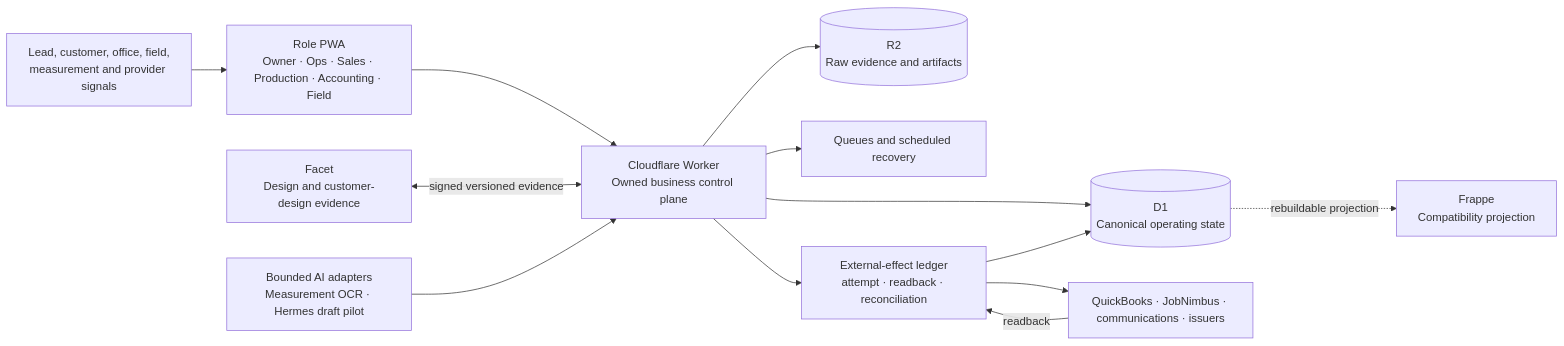
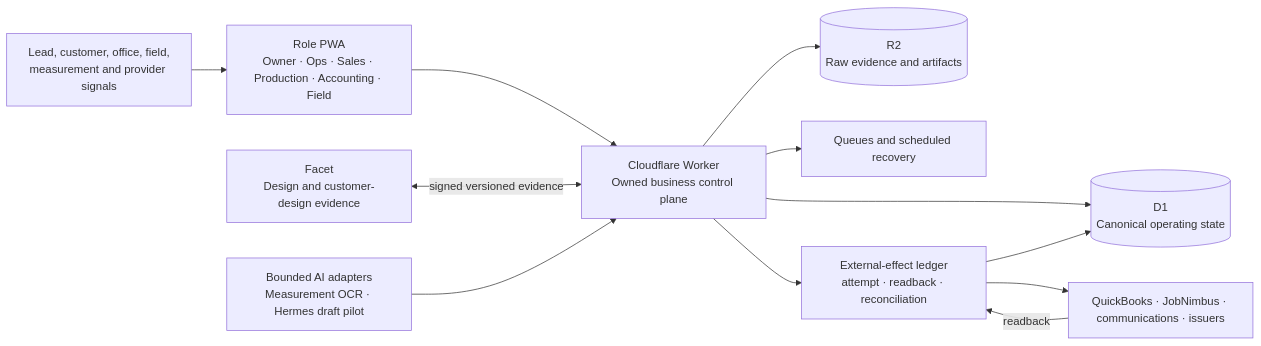
Before and after one commit to Iron-Wrap/ironwrap-os: the first of 2 diagrams in docs/AI-NATIVE-ARCHITECTURE.md, drawn with Mermaid. The commit also changed other lines of this file and 305 other files, not shown here.

````diff
--- a/docs/AI-NATIVE-ARCHITECTURE.md
+++ b/docs/AI-NATIVE-ARCHITECTURE.md
@@ -46,27 +46,25 @@
 ```mermaid
 flowchart LR
     Channels["Lead, customer, office, field,<br/>measurement and provider signals"]
     App["Role PWA<br/>Owner · Ops · Sales · Production · Accounting · Field"]
     Facet["Facet<br/>Design and customer-design evidence"]
     Worker["Cloudflare Worker<br/>Owned business control plane"]
     AI["Bounded AI adapters<br/>Measurement OCR · Hermes draft pilot"]
     D1[("D1<br/>Canonical operating state")]
     R2[("R2<br/>Raw evidence and artifacts")]
     Queue["Queues and scheduled recovery"]
     Effects["External-effect ledger<br/>attempt · readback · reconciliation"]
     Providers["QuickBooks · JobNimbus · communications · issuers"]
-    Frappe["Frappe<br/>Compatibility projection"]
 
     Channels --> App
     App --> Worker
     Facet <-->|signed versioned evidence| Worker
     AI --> Worker
     Worker --> D1
     Worker --> R2
     Worker --> Queue
     Worker --> Effects
     Effects --> Providers
     Providers -->|readback| Effects
     Effects --> D1
-    D1 -. rebuildable projection .-> Frappe
 ```
````
